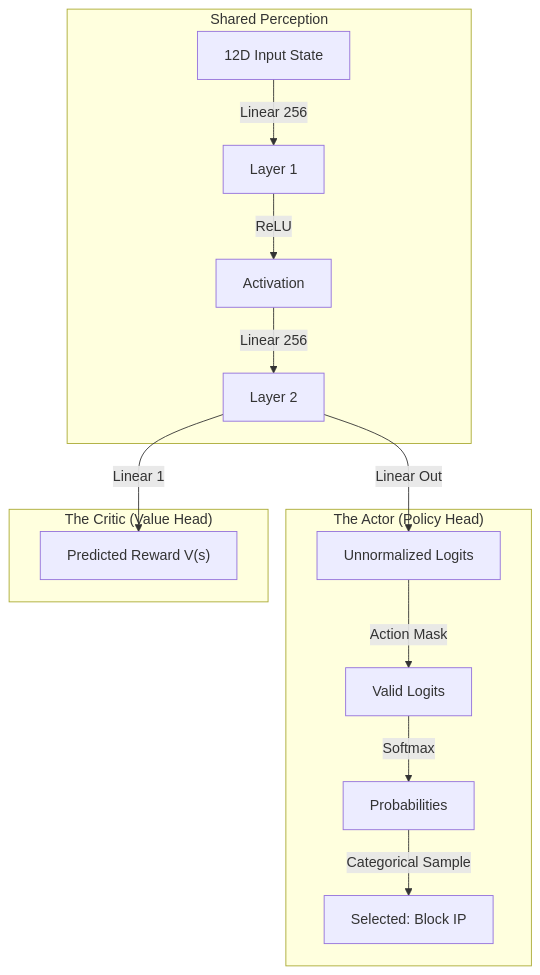
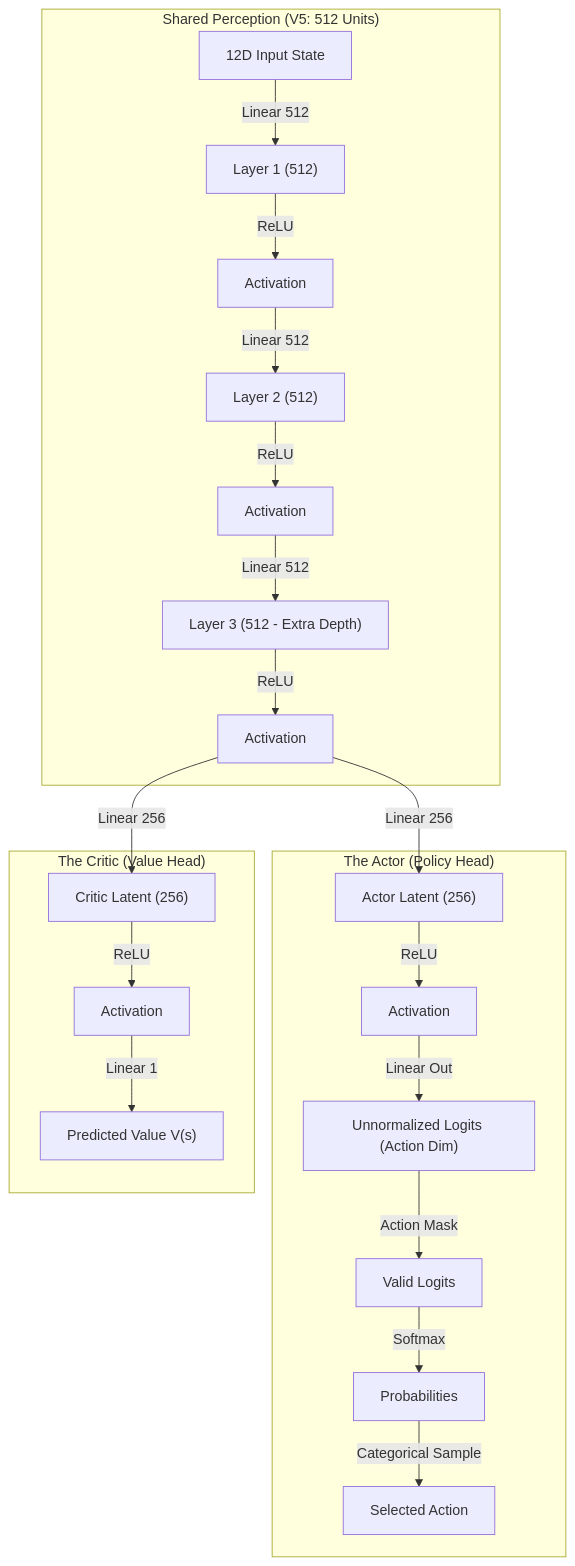
One commit to didi-09/AI_DRIVEN_SOAR changed the fifth of 6 diagrams in README.md. Above: the diagram before and after it, drawn with Mermaid. The commit also changed other lines of this file, not shown here.

````diff
--- a/README.md
+++ b/README.md
@@ -94,21 +189,28 @@
 ```mermaid
 graph TD
     State["12D Input State"]
 
-    subgraph "Shared Perception"
-        State -->|Linear 256| L1["Layer 1"]
+    subgraph "Shared Perception (V5: 512 Units)"
+        State -->|Linear 512| L1["Layer 1 (512)"]
         L1 -->|ReLU| A1["Activation"]
-        A1 -->|Linear 256| L2["Layer 2"]
+        A1 -->|Linear 512| L2["Layer 2 (512)"]
+        L2 -->|ReLU| A2["Activation"]
+        A2 -->|Linear 512| L3["Layer 3 (512 - Extra Depth)"]
+        L3 -->|ReLU| A3["Activation"]
     end
 
     subgraph "The Actor (Policy Head)"
-        L2 -->|Linear Out| Logits["Unnormalized Logits"]
+        A3 -->|Linear 256| LA["Actor Latent (256)"]
+        LA -->|ReLU| AA["Activation"]
+        AA -->|Linear Out| Logits["Unnormalized Logits (Action Dim)"]
         Logits -->|Action Mask| Masked["Valid Logits"]
         Masked -->|Softmax| Prob["Probabilities"]
-        Prob -->|Categorical Sample| Action["Selected: Block IP"]
+        Prob -->|Categorical Sample| Action["Selected Action"]
     end
 
     subgraph "The Critic (Value Head)"
-        L2 -->|Linear 1| Value["Predicted Reward V(s)"]
+        A3 -->|Linear 256| LC["Critic Latent (256)"]
+        LC -->|ReLU| AC["Activation"]
+        AC -->|Linear 1| Value["Predicted Value V(s)"]
     end
 ```
````
